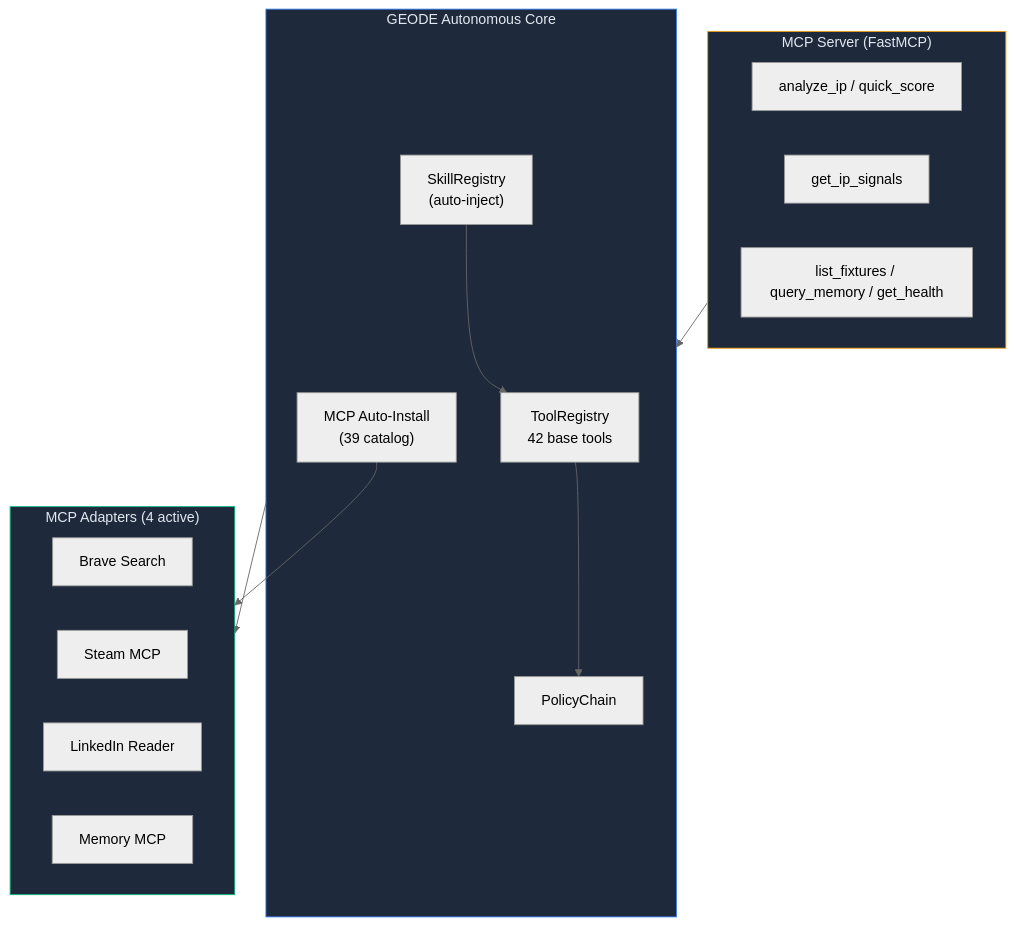
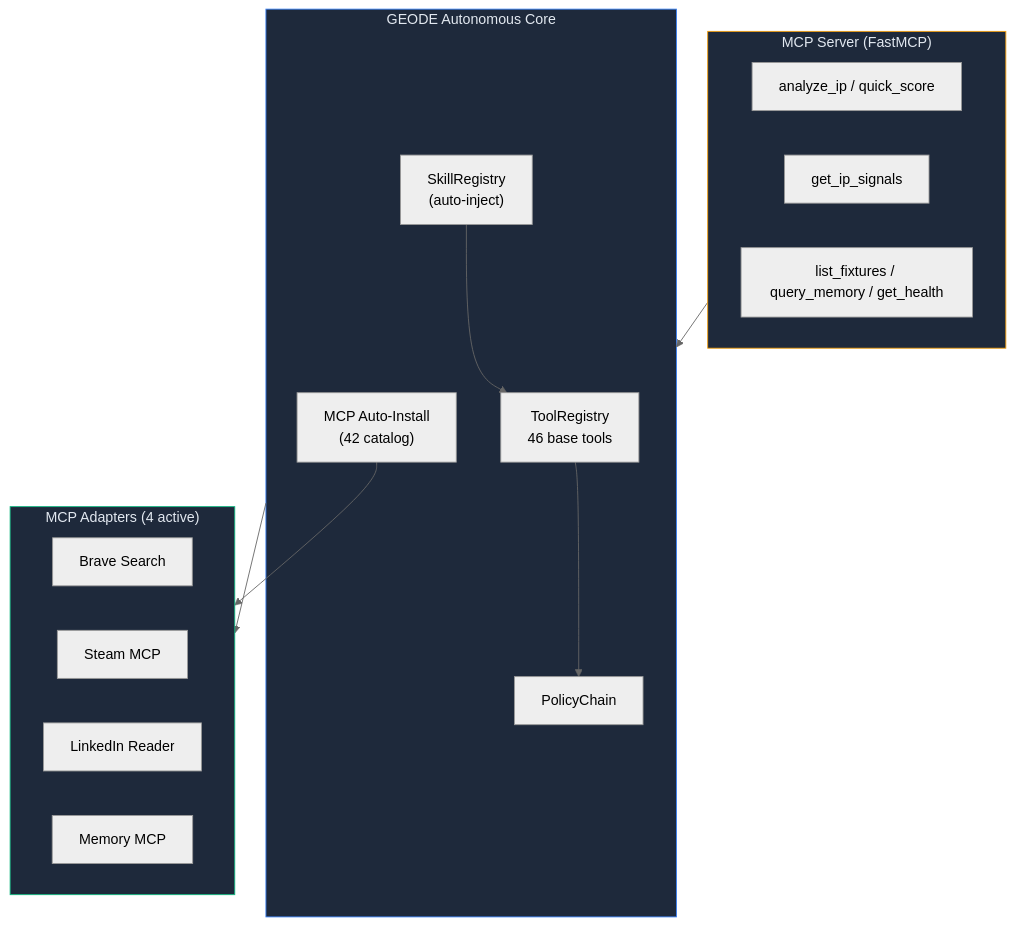
One commit to mangowhoiscloud/geode changed diagram 12 of 15 in README.md. Above: the diagram before and after it, drawn with Mermaid (neutral theme). The commit also changed other lines of this file, not shown here.

````diff
--- a/README.md
+++ b/README.md
@@ -512,32 +521,32 @@
 ```mermaid
 graph TB
     subgraph GEODE["GEODE Autonomous Core"]
-        Registry["ToolRegistry<br/>42 base tools"]
+        Registry["ToolRegistry<br/>46 base tools"]
         Policy["PolicyChain"]
         SkillReg["SkillRegistry<br/>(auto-inject)"]
-        MCPInstall["MCP Auto-Install<br/>(39 catalog)"]
+        MCPInstall["MCP Auto-Install<br/>(42 catalog)"]
     end
 
     subgraph MCPAdapters["MCP Adapters (4 active)"]
         Brave["Brave Search"]
         Steam["Steam MCP"]
         LI["LinkedIn Reader"]
         Mem["Memory MCP"]
     end
 
     subgraph MCPServer["MCP Server (FastMCP)"]
         T1["analyze_ip / quick_score"]
         T2["get_ip_signals"]
         T3["list_fixtures / query_memory / get_health"]
     end
 
     Registry --> Policy
     SkillReg --> Registry
     MCPInstall --> MCPAdapters
     GEODE --> MCPAdapters
     MCPServer --> GEODE
 
     style GEODE fill:#1e293b,stroke:#3b82f6,color:#e2e8f0
     style MCPAdapters fill:#1e293b,stroke:#10b981,color:#e2e8f0
     style MCPServer fill:#1e293b,stroke:#f59e0b,color:#e2e8f0
 ```
````
